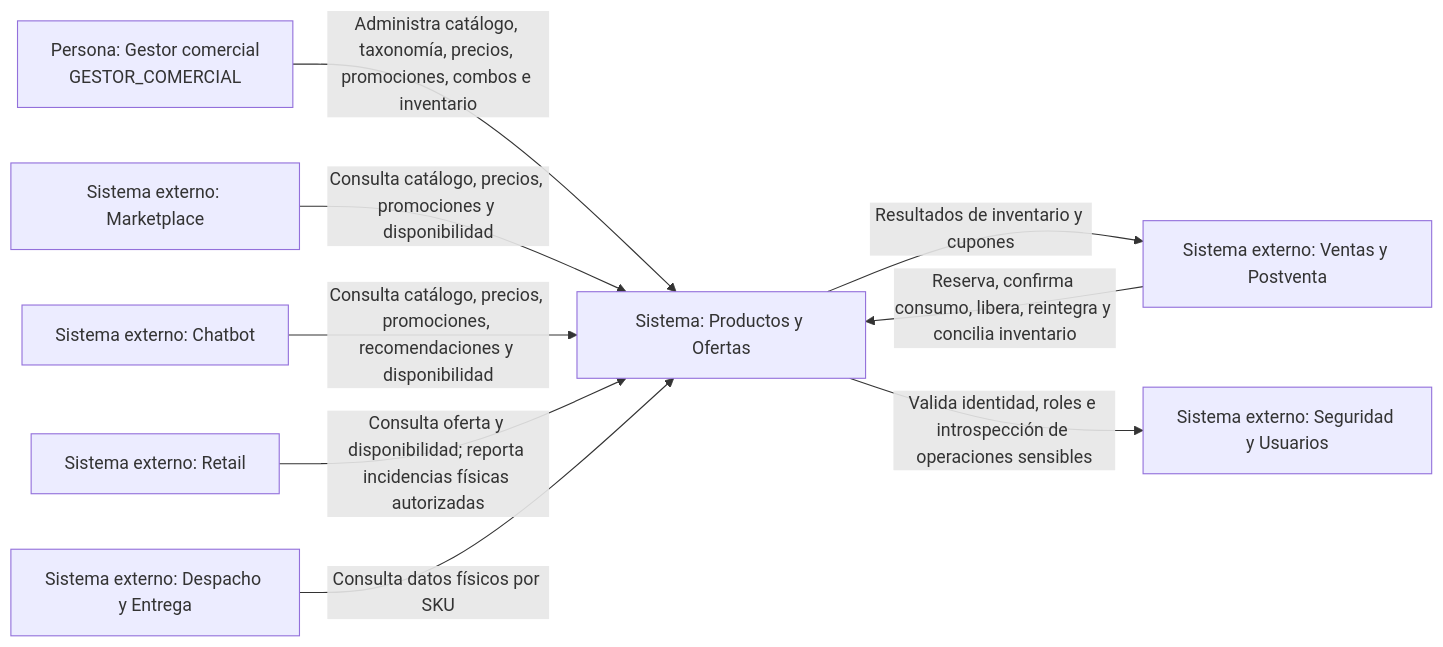
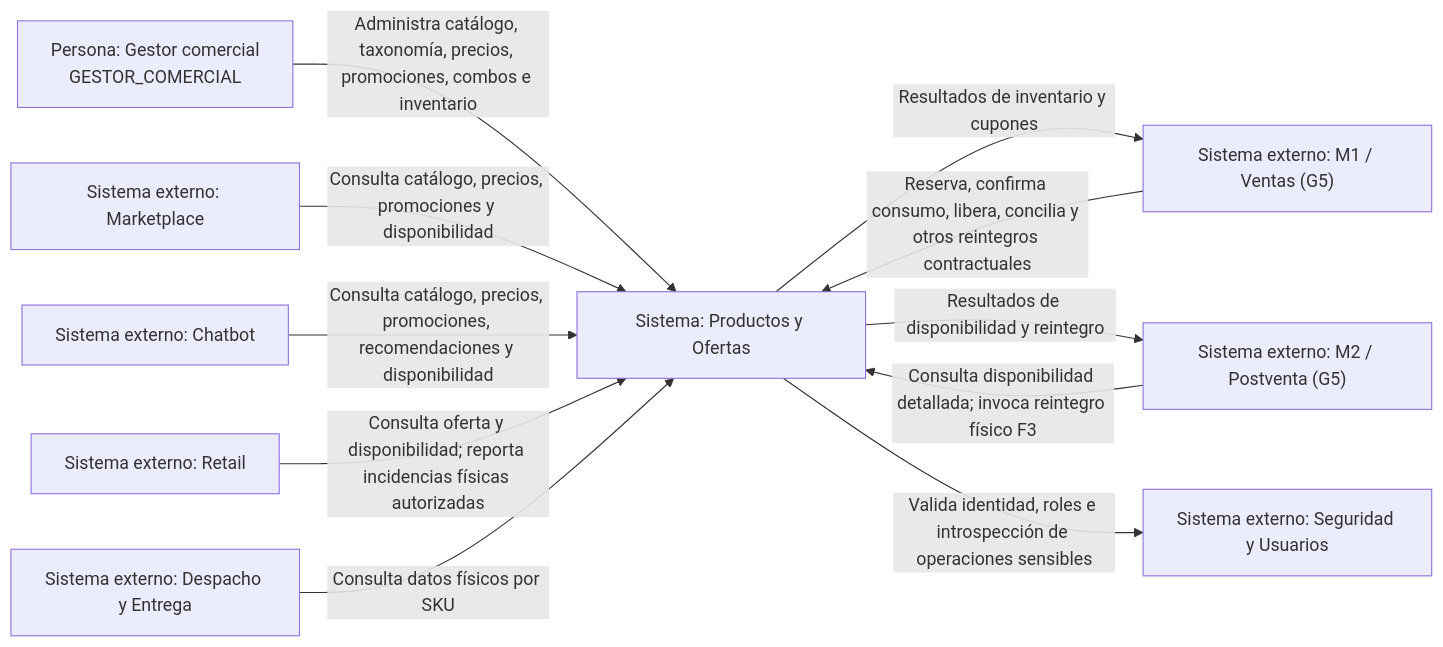
Before and after one commit to Taller-SW-Web/G6-Productos-Ofertas-docs: the first of 10 diagrams in arquitectura/Arquitectura.md, drawn with Mermaid. The commit also changed other lines of this file and 3 other files, not shown here.

````diff
--- a/arquitectura/Arquitectura.md
+++ b/arquitectura/Arquitectura.md
@@ -2080,26 +2103,29 @@
 ```mermaid
 flowchart LR
   gestor["Persona: Gestor comercial<br/>GESTOR_COMERCIAL"]
 
   market["Sistema externo: Marketplace"]
   chatbot["Sistema externo: Chatbot"]
   retail["Sistema externo: Retail"]
-  ventas["Sistema externo: Ventas y Postventa"]
+  ventas["Sistema externo: M1 / Ventas (G5)"]
+  postventa["Sistema externo: M2 / Postventa (G5)"]
   despacho["Sistema externo: Despacho y Entrega"]
   seguridad["Sistema externo: Seguridad y Usuarios"]
 
   po["Sistema: Productos y Ofertas"]
 
   gestor -->|"Administra catálogo, taxonomía, precios, promociones, combos e inventario"| po
 
   market -->|"Consulta catálogo, precios, promociones y disponibilidad"| po
   chatbot -->|"Consulta catálogo, precios, promociones, recomendaciones y disponibilidad"| po
   retail -->|"Consulta oferta y disponibilidad; reporta incidencias físicas autorizadas"| po
 
-  ventas -->|"Reserva, confirma consumo, libera, reintegra y concilia inventario"| po
+  ventas -->|"Reserva, confirma consumo, libera, concilia y otros reintegros contractuales"| po
+  postventa -->|"Consulta disponibilidad detallada; invoca reintegro físico F3"| po
   po -->|"Resultados de inventario y cupones"| ventas
+  po -->|"Resultados de disponibilidad y reintegro"| postventa
 
   despacho -->|"Consulta datos físicos por SKU"| po
 
   po -->|"Valida identidad, roles e introspección de operaciones sensibles"| seguridad
 ```
````
